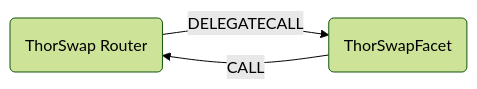
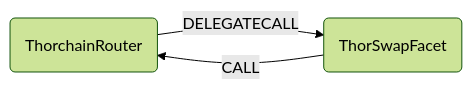
One commit to lifinance/contracts changed the diagram in docs/ThorSwapFacet.md. Above: the diagram before and after it, drawn with Mermaid (forest theme). The commit also changed other lines of this file, not shown here.

````diff
--- a/docs/ThorSwapFacet.md
+++ b/docs/ThorSwapFacet.md
@@ -9,5 +9,5 @@
 ```mermaid
 graph LR;
     D{LiFiDiamond}-- DELEGATECALL -->C(ThorSwapFacet);
-    C(ThorSwapFacet) -- CALL --> D(ThorSwap Router)
+    C(ThorSwapFacet) -- CALL --> D(ThorchainRouter)
 ```
````
